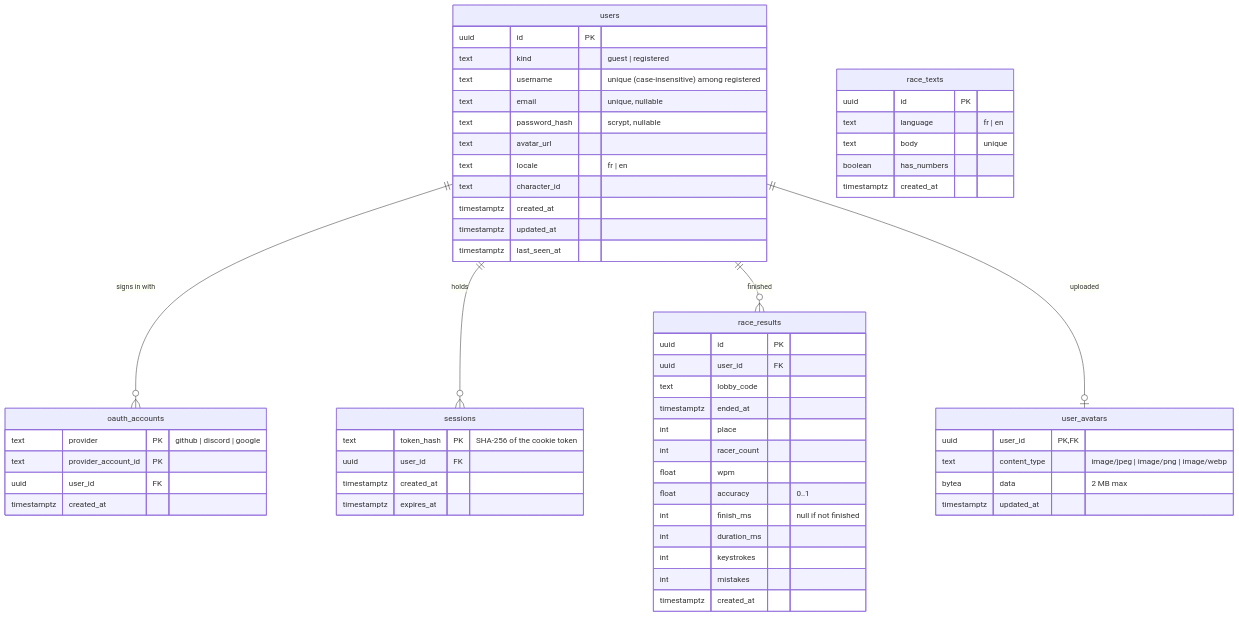
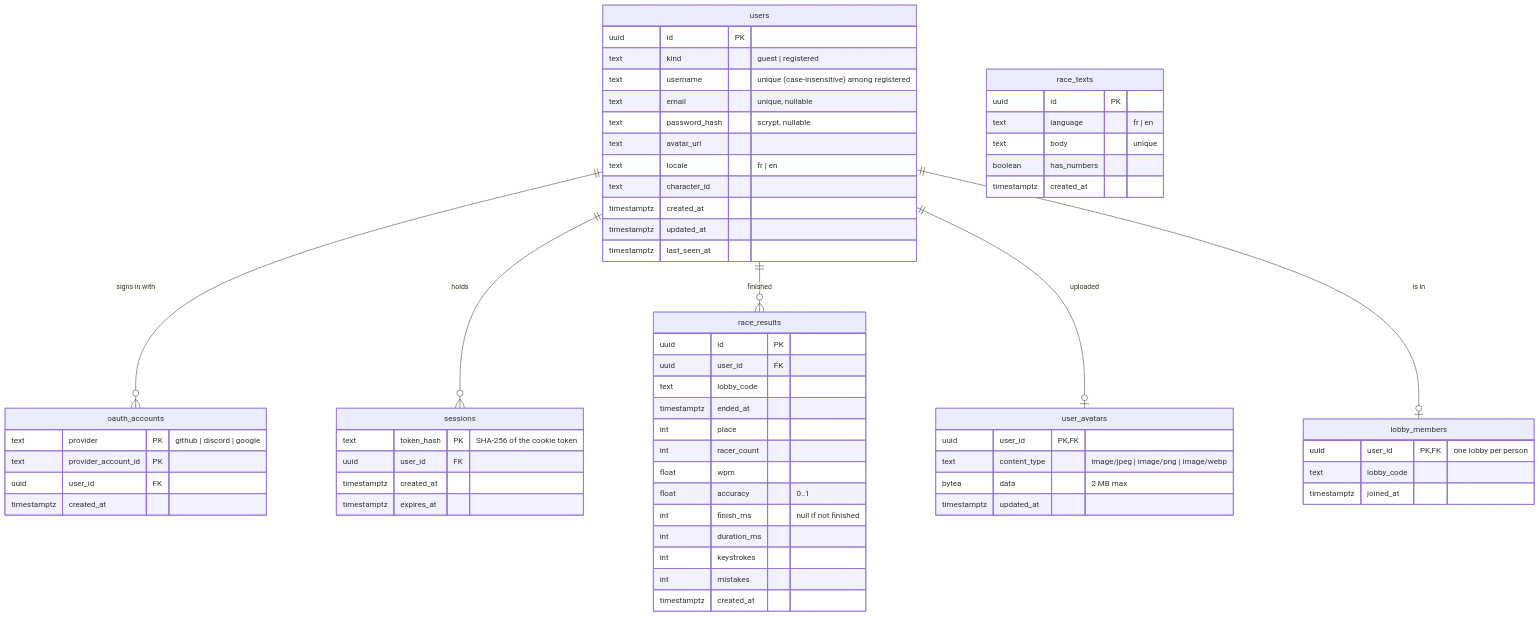
Before and after one commit to Sylowww/Persona5-type-racing: the first of 3 diagrams in docs/ARCHITECTURE.md, drawn with Mermaid. The commit also changed other lines of this file and 2 other files, not shown here.

Commit message:
docs: update README, architecture and requirements matrix

````diff
--- a/docs/ARCHITECTURE.md
+++ b/docs/ARCHITECTURE.md
@@ -140,61 +148,67 @@
 ```mermaid
 erDiagram
   users ||--o{ oauth_accounts : "signs in with"
   users ||--o{ sessions : "holds"
   users ||--o{ race_results : "finished"
   users ||--o| user_avatars : "uploaded"
+  users ||--o| lobby_members : "is in"
 
   users {
     uuid id PK
     text kind "guest | registered"
     text username "unique (case-insensitive) among registered"
     text email "unique, nullable"
     text password_hash "scrypt, nullable"
     text avatar_url
     text locale "fr | en"
     text character_id
     timestamptz created_at
     timestamptz updated_at
     timestamptz last_seen_at
   }
   oauth_accounts {
     text provider PK "github | discord | google"
     text provider_account_id PK
     uuid user_id FK
     timestamptz created_at
   }
   sessions {
     text token_hash PK "SHA-256 of the cookie token"
     uuid user_id FK
     timestamptz created_at
     timestamptz expires_at
   }
   user_avatars {
     uuid user_id PK, FK
     text content_type "image/jpeg | image/png | image/webp"
     bytea data "2 MB max"
     timestamptz updated_at
   }
+  lobby_members {
+    uuid user_id PK, FK "one lobby per person"
+    text lobby_code
+    timestamptz joined_at
+  }
   race_texts {
     uuid id PK
     text language "fr | en"
     text body "unique"
     boolean has_numbers
     timestamptz created_at
   }
   race_results {
     uuid id PK
     uuid user_id FK
     text lobby_code
     timestamptz ended_at
     int place
     int racer_count
     float wpm
     float accuracy "0..1"
     int finish_ms "null if not finished"
     int duration_ms
     int keystrokes
     int mistakes
     timestamptz created_at
   }
 ```
````
